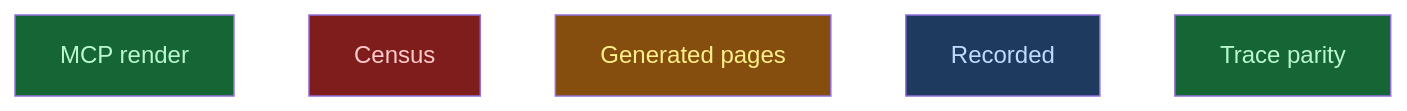
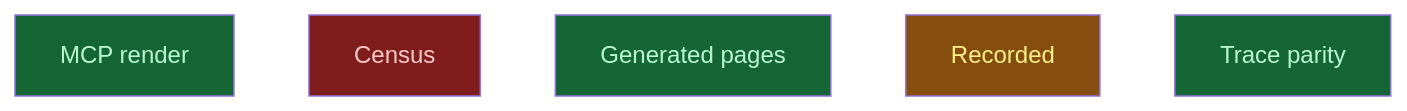
The diagram in __roadmap__/integrity/causes/checkpoint/snapshot/review/dogfood/parity/answered/README.md (CrackingShells/Candler), drawn with Mermaid before and after one commit. The commit also changed other lines of this file and 3 other files, not shown here.

````diff
--- a/__roadmap__/integrity/causes/checkpoint/snapshot/review/dogfood/parity/answered/README.md
+++ b/__roadmap__/integrity/causes/checkpoint/snapshot/review/dogfood/parity/answered/README.md
@@ -16,13 +16,13 @@
 ```mermaid
 graph TD
     mcp_render[MCP render]:::done
     census[Census]:::blocked
-    pages[Generated pages]:::inprogress
-    recorded[Recorded]:::amendment
+    pages[Generated pages]:::done
+    recorded[Recorded]:::inprogress
     trace_parity[Trace parity]:::done
     classDef done       fill:#166534,color:#bbf7d0
     classDef inprogress fill:#854d0e,color:#fef08a
     classDef planned    fill:#374151,color:#e5e7eb
     classDef amendment  fill:#1e3a5f,color:#bfdbfe
     classDef blocked    fill:#7f1d1d,color:#fecaca
 ```
````
